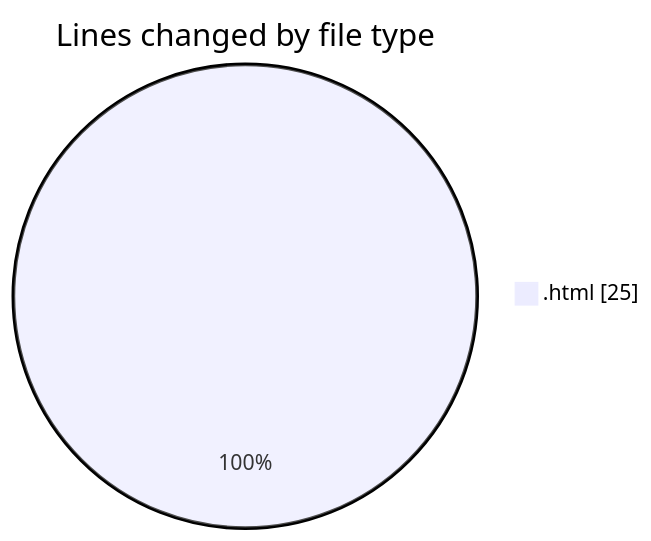
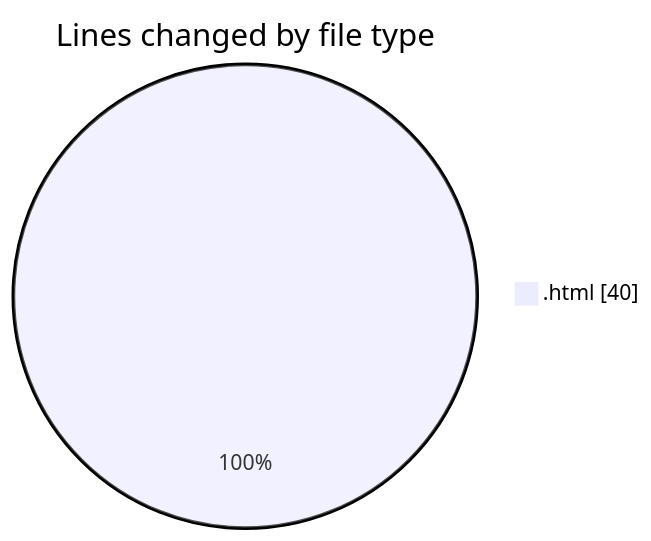
Before and after one commit to hasnaa123/code-tracking: the first of 2 diagrams in 2025-12-25/technologie_web/README.md, drawn with Mermaid. The commit also changed other lines of this file and 1 other file, not shown here.

````diff
--- a/2025-12-25/technologie_web/README.md
+++ b/2025-12-25/technologie_web/README.md
@@ -20,5 +20,5 @@
 ```mermaid
 pie showData
 title Lines changed by file type
-".html" : 25
+".html" : 40
 ```
````
